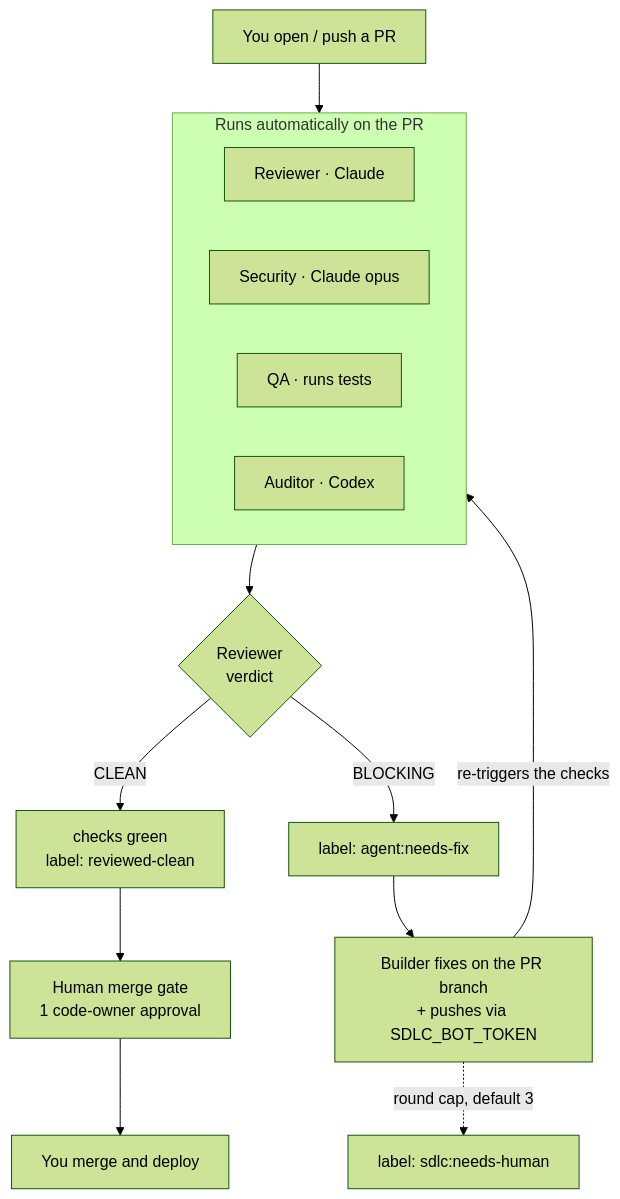
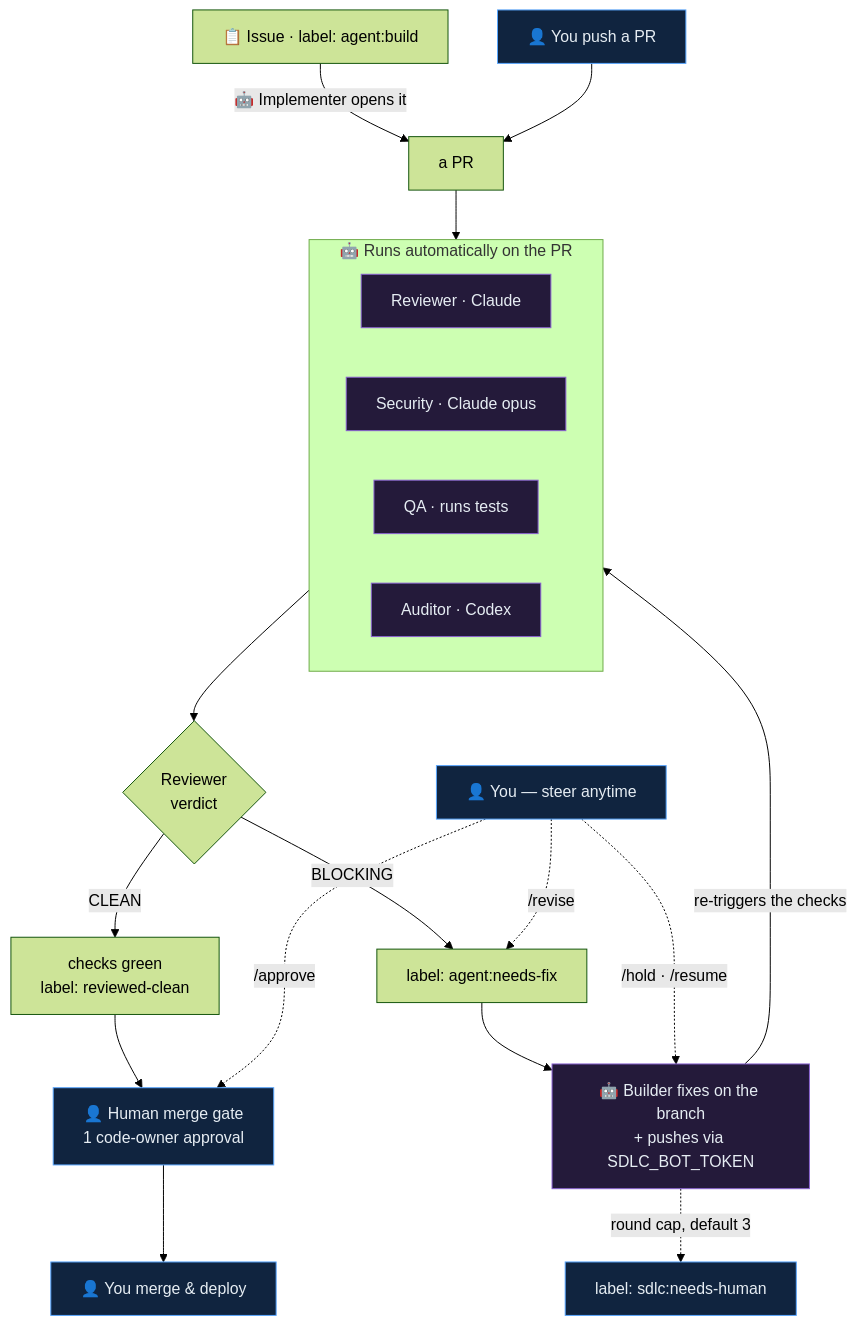
Before and after one commit to dshakes/agent-settings: the second of 2 diagrams in README.md, drawn with Mermaid (forest theme). The commit also changed 1 other file, not shown here.

Commit message:
docs(sdlc-diagram): add human/agent glyphs + legend; refresh Mermaid for intake + steering
- SVG: drawn 🤖 agent / 👤 you glyphs (render identically everywhere) + a legend, so the
  human-driven vs agent-driven sections read at a glance — bot on the agents box & Builder,
  person on the human gate (replaces the lock) & the human-in-the-loop panel.
- README Mermaid: was stale — now mirrors the SVG (issue→agent:build→Implementer→PR intake,
  the review⇄fix loop, and /revise·/hold·/resume·/approve steering), with agent/human node colors.
- Verified at 2x with zoomed crops (title clearance, builder, gate, panel).

````diff
--- a/README.md
+++ b/README.md
@@ -301,18 +301,30 @@
 ```mermaid
 flowchart TD
-  pr["You open / push a PR"] --> onpush
-  subgraph onpush["Runs automatically on the PR"]
+  issue["📋 Issue · label: agent:build"]
+  push["👤 You push a PR"]
+  issue -->|"🤖 Implementer opens it"| pr["a PR"]
+  push --> pr
+  pr --> onpush
+  subgraph onpush["🤖 Runs automatically on the PR"]
     rev["Reviewer · Claude"]
     sec["Security · Claude opus"]
     qa["QA · runs tests"]
     aud["Auditor · Codex"]
   end
   onpush --> verdict{"Reviewer<br/>verdict"}
   verdict -->|CLEAN| green["checks green<br/>label: reviewed-clean"]
   verdict -->|BLOCKING| needsfix["label: agent:needs-fix"]
-  needsfix --> builder["Builder fixes on the PR branch<br/>+ pushes via SDLC_BOT_TOKEN"]
+  needsfix --> builder["🤖 Builder fixes on the branch<br/>+ pushes via SDLC_BOT_TOKEN"]
   builder -->|"re-triggers the checks"| onpush
-  builder -.->|"round cap, default 3"| human["label: sdlc:needs-human"]
-  green --> gate["Human merge gate<br/>1 code-owner approval"]
-  gate --> ship["You merge and deploy"]
+  builder -.->|"round cap, default 3"| needshuman["label: sdlc:needs-human"]
+  green --> gate["👤 Human merge gate<br/>1 code-owner approval"]
+  gate --> ship["👤 You merge & deploy"]
+  you["👤 You — steer anytime"]
+  you -.->|"/revise"| needsfix
+  you -.->|"/hold · /resume"| builder
+  you -.->|"/approve"| gate
+  class rev,sec,qa,aud,builder agent
+  class push,gate,ship,you,needshuman human
+  classDef agent fill:#241a3a,stroke:#8A63D2,color:#e6edf3
+  classDef human fill:#10243f,stroke:#58a6ff,color:#e6edf3
 ```
````
